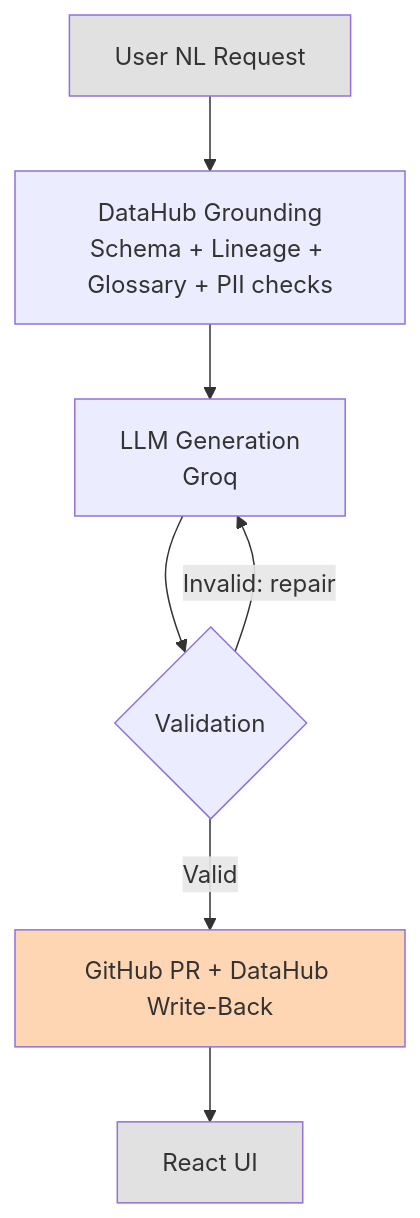
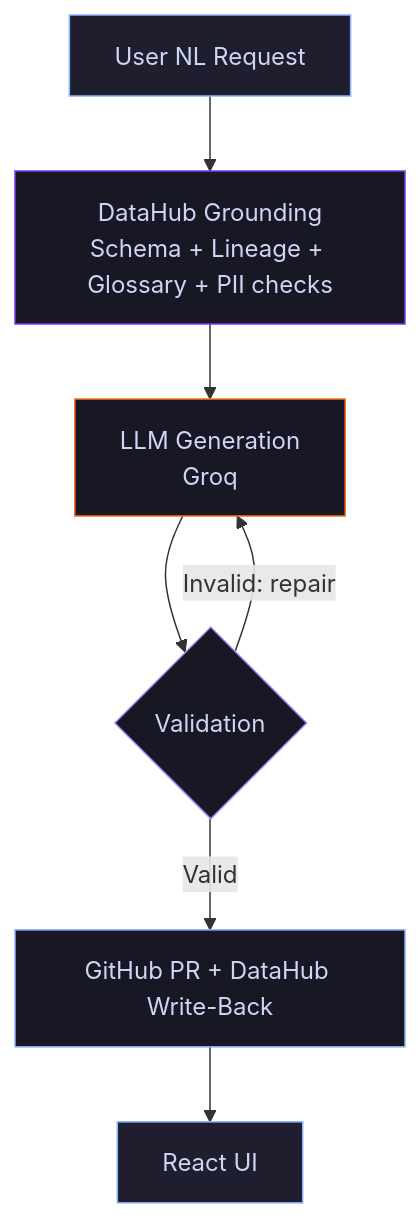
Before and after one commit to LonelyGuy12/dgdmg: the diagram in README.md, drawn with Mermaid. The commit also changed other lines of this file, not shown here.

````diff
--- a/README.md
+++ b/README.md
@@ -69,13 +74,15 @@
 ```mermaid
 flowchart TD
     A[User NL Request] --> B[DataHub Grounding<br/>Schema + Lineage + Glossary + PII checks]
     B --> C[LLM Generation<br/>Groq]
     C --> D{Validation}
     D -->|Invalid: repair| C
     D -->|Valid| E[GitHub PR + DataHub Write-Back]
     E --> F[React UI]
-
-    style A fill:#e1e1e1
-    style E fill:#ffd6b3
-    style F fill:#e1e1e1
+    style A fill:#1e1e2e,color:#cdd6f4,stroke:#89b4fa
+    style B fill:#181825,color:#cdd6f4,stroke:#7c3aed
+    style C fill:#181825,color:#cdd6f4,stroke:#f97316
+    style D fill:#181825,color:#cdd6f4,stroke:#a78bfa
+    style E fill:#181825,color:#cdd6f4,stroke:#89b4fa
+    style F fill:#1e1e2e,color:#cdd6f4,stroke:#89b4fa
 ```
````
